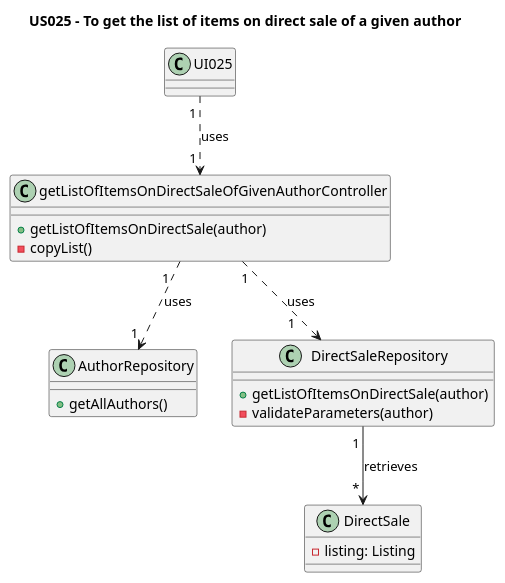
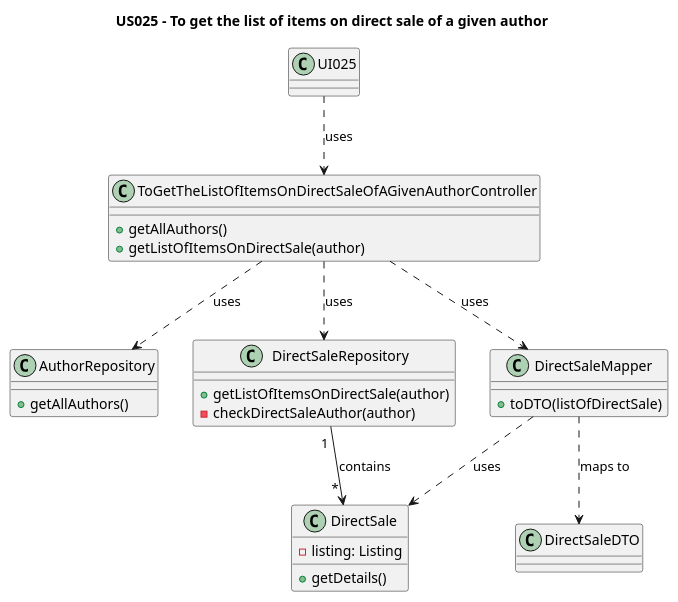
One commit to AndrePereiraGitH/SWitCH-Project-Team_A changed the diagram in Diagrams/ClassDiagrams/US025-to-get-the-list-of-items-on-direct-sale-of-a-given-author.puml. Above: the diagram before and after it, drawn with PlantUML. The commit also changed 3 other files, not shown here.

```diff
--- a/Diagrams/ClassDiagrams/US025-to-get-the-list-of-items-on-direct-sale-of-a-given-author.puml
+++ b/Diagrams/ClassDiagrams/US025-to-get-the-list-of-items-on-direct-sale-of-a-given-author.puml
@@ -1,62 +1,81 @@
 @startuml
 title US025 - To get the list of items on direct sale of a given author
 
 class UI025{
 
 }
 
-class getListOfItemsOnDirectSaleOfGivenAuthorController {
+class ToGetTheListOfItemsOnDirectSaleOfAGivenAuthorController {
+  +getAllAuthors()
   +getListOfItemsOnDirectSale(author)
-  -copyList()
 }
 
 class AuthorRepository{
     +getAllAuthors()
 }
-/'
-class Author {
-  -authorProfile: Profile
-}
 
-class Profile {
-  -name: String
-}
-'/
 class DirectSaleRepository {
   +getListOfItemsOnDirectSale(author)
-  -validateParameters(author)
+  -checkDirectSaleAuthor(author)
 }
 
 class DirectSale {
   - listing: Listing
+  +getDetails()
 }
+
+class DirectSaleMapper {
+  +toDTO(listOfDirectSale)
+}
+
+class DirectSaleDTO {
+}
+
 /'
 class Listing {
-  - items: List <Item>
+  - item: Item
+  - saleType: SaleType
 }
 
+enum SaleType {
+    DIRECT_SALE
+    AUCTION
+}
+
+'class Item {
+'    - bibliographicalData: BibliographicalData
+'}
+
 class Item {
+    - publication: publication
+}
+
+class Publication {
     - bibliographicalData: BibliographicalData
+    - code: Code
 }
 
 class BibliographicalData {
     - title: String
-    - authors: List <Profile>
-    }
-  '/
+}
+'/
 
 ' Interactions
 
-UI025 "1 " ..> "1 " getListOfItemsOnDirectSaleOfGivenAuthorController : uses
-getListOfItemsOnDirectSaleOfGivenAuthorController  " 1" ..> "1     " DirectSaleRepository : uses
-getListOfItemsOnDirectSaleOfGivenAuthorController "1  " ..> "1 " AuthorRepository: uses
-DirectSaleRepository "1 " --> " * " DirectSale : retrieves
+UI025 ..> ToGetTheListOfItemsOnDirectSaleOfAGivenAuthorController : uses
+ToGetTheListOfItemsOnDirectSaleOfAGivenAuthorController ..> DirectSaleRepository : uses
+ToGetTheListOfItemsOnDirectSaleOfAGivenAuthorController ..> AuthorRepository: uses
+DirectSaleRepository "1 " --> " * " DirectSale : contains
+ToGetTheListOfItemsOnDirectSaleOfAGivenAuthorController ..> DirectSaleMapper : uses
+DirectSaleMapper ..> DirectSaleDTO : maps to
+DirectSaleMapper ..> DirectSale : uses
 /'
-DirectSale "1 " --> " 1 " Listing : is a type of
-BibliographicalData "1 " --> "          *" Author : has
-Author "1 " --> "1 " Profile : has
-Listing "1 " --> "          1..*" Item: has
-Item "1 " --> "          1" BibliographicalData: has
+DirectSale "1" -- "1" Listing : uses
+Listing "                                *" -- "1" SaleType : can be sold by
+Listing "1" -- "1..*    " Item : lists an
+' Item "*" -- "1" BibliographicalData: has
+Item "*" -- "1" Publication: refers to a
+Publication "*" -- "1" BibliographicalData: has
 '/
 
 @enduml
```
